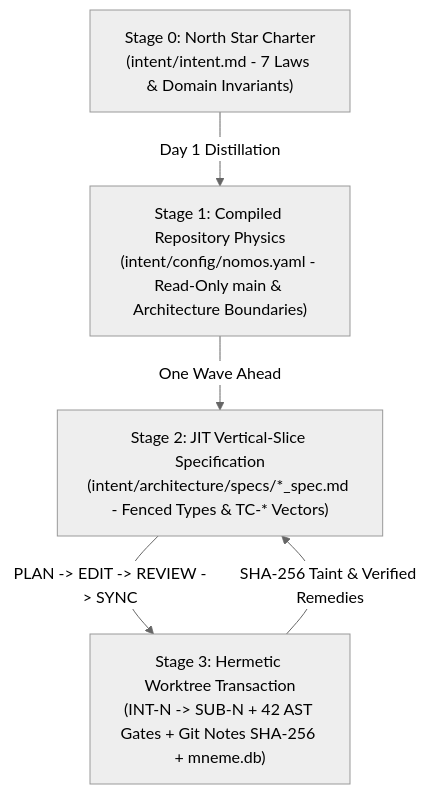
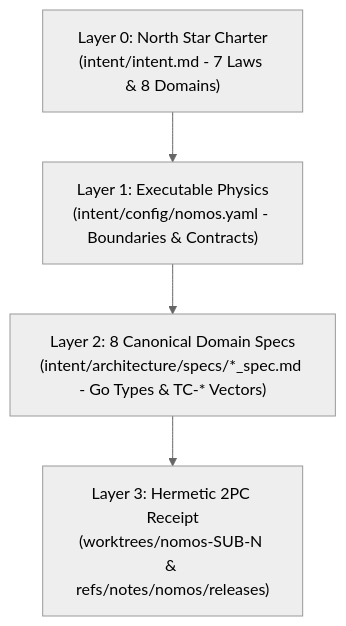
One commit to mgantlett/nomos changed the diagram in intent/intent.md. Above: the diagram before and after it, drawn with Mermaid (neutral theme). The commit also changed other lines of this file and 32 other files, not shown here.

First line of the commit message:
[INT-1943] feat(intent): consolidate intent plane into 4-layer compiler and...

````diff
--- a/intent/intent.md
+++ b/intent/intent.md
@@ -55,12 +37,11 @@
 ```mermaid
 flowchart TD
-    S0["Stage 0: North Star Charter<br/>(intent/intent.md - 7 Laws & Domain Invariants)"]
-    S1["Stage 1: Compiled Repository Physics<br/>(intent/config/nomos.yaml - Read-Only main & Architecture Boundaries)"]
-    S2["Stage 2: JIT Vertical-Slice Specification<br/>(intent/architecture/specs/*_spec.md - Fenced Types & TC-* Vectors)"]
-    S3["Stage 3: Hermetic Worktree Transaction<br/>(INT-N -> SUB-N + 42 AST Gates + Git Notes SHA-256 + mneme.db)"]
+    L0["Layer 0: North Star Charter<br/>(intent/intent.md - 7 Laws & 8 Domains)"]
+    L1["Layer 1: Executable Physics<br/>(intent/config/nomos.yaml - Boundaries & Contracts)"]
+    L2["Layer 2: 8 Canonical Domain Specs<br/>(intent/architecture/specs/*_spec.md - Go Types & TC-* Vectors)"]
+    L3["Layer 3: Hermetic 2PC Receipt<br/>(worktrees/nomos-SUB-N & refs/notes/nomos/releases)"]
 
-    S0 -->|"Day 1 Distillation"| S1
-    S1 -->|"One Wave Ahead"| S2
-    S2 -->|"PLAN -> EDIT -> REVIEW -> SYNC"| S3
-    S3 -->|"SHA-256 Taint & Verified Remedies"| S2
+    L0 --> L1
+    L1 --> L2
+    L2 --> L3
 ```
````
